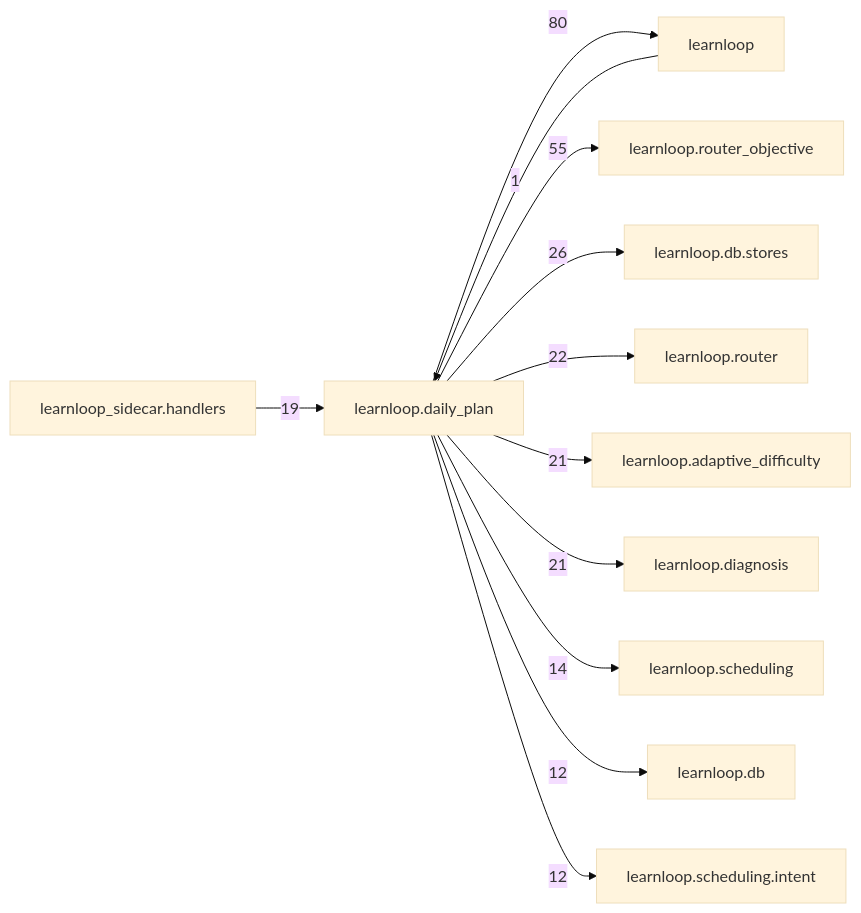
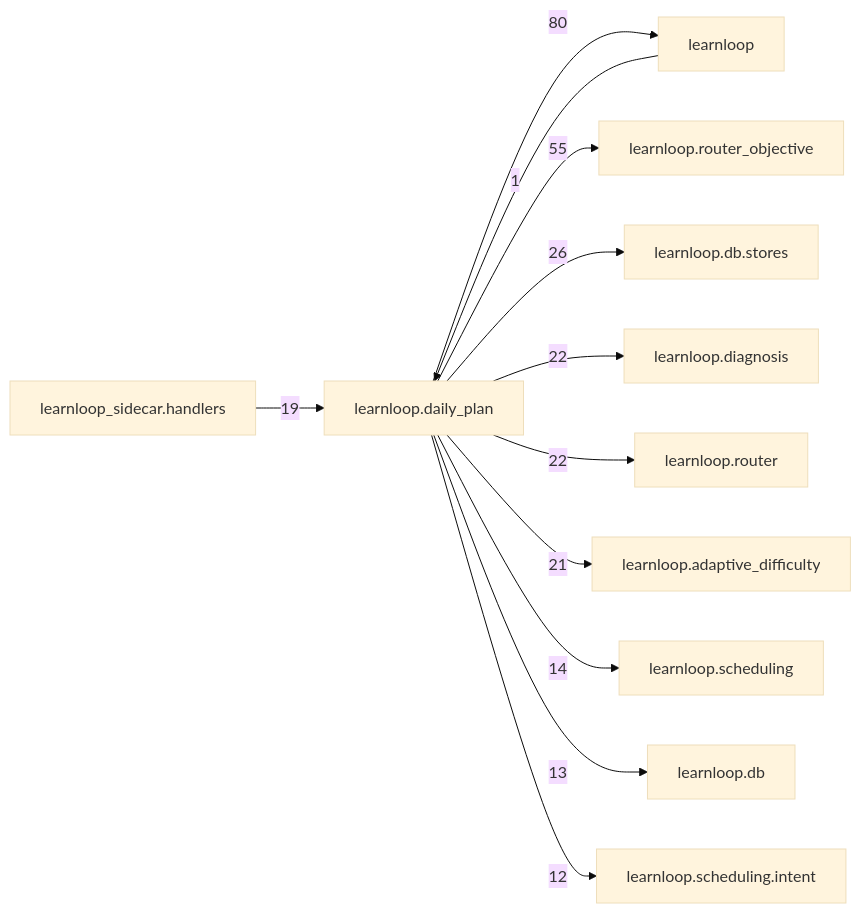
Before and after one commit to 6up-b/learnanything: the diagram in docs/learnloop-architecture-vault/Reference/Modules/learnloop/daily_plan/_package.md, drawn with Mermaid (base theme). The commit also changed other lines of this file and 68 other files, not shown here.

````diff
--- a/docs/learnloop-architecture-vault/Reference/Modules/learnloop/daily_plan/_package.md
+++ b/docs/learnloop-architecture-vault/Reference/Modules/learnloop/daily_plan/_package.md
@@ -178,25 +178,25 @@
 ```mermaid
 flowchart LR
     center["learnloop.daily_plan"]
     n_learnloop["learnloop"]
     n_learnloop_router_objective["learnloop.router_objective"]
     n_learnloop_db_stores["learnloop.db.stores"]
+    n_learnloop_diagnosis["learnloop.diagnosis"]
     n_learnloop_router["learnloop.router"]
     n_learnloop_adaptive_difficulty["learnloop.adaptive_difficulty"]
-    n_learnloop_diagnosis["learnloop.diagnosis"]
     n_learnloop_sidecar_handlers["learnloop_sidecar.handlers"]
     n_learnloop_scheduling["learnloop.scheduling"]
     n_learnloop_db["learnloop.db"]
     n_learnloop_scheduling_intent["learnloop.scheduling.intent"]
     n_learnloop -->|1| center
     center -->|80| n_learnloop
     center -->|55| n_learnloop_router_objective
     center -->|26| n_learnloop_db_stores
+    center -->|22| n_learnloop_diagnosis
     center -->|22| n_learnloop_router
     center -->|21| n_learnloop_adaptive_difficulty
-    center -->|21| n_learnloop_diagnosis
     n_learnloop_sidecar_handlers -->|19| center
     center -->|14| n_learnloop_scheduling
-    center -->|12| n_learnloop_db
+    center -->|13| n_learnloop_db
     center -->|12| n_learnloop_scheduling_intent
 ```
````
